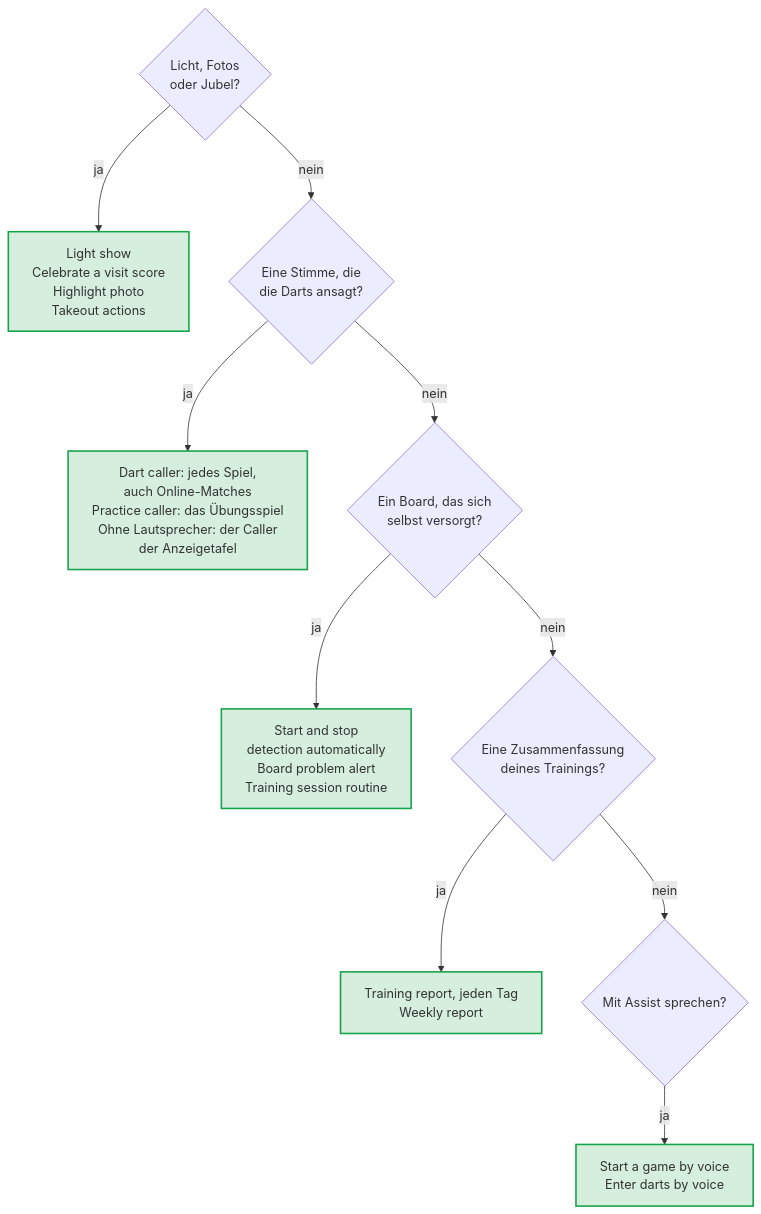
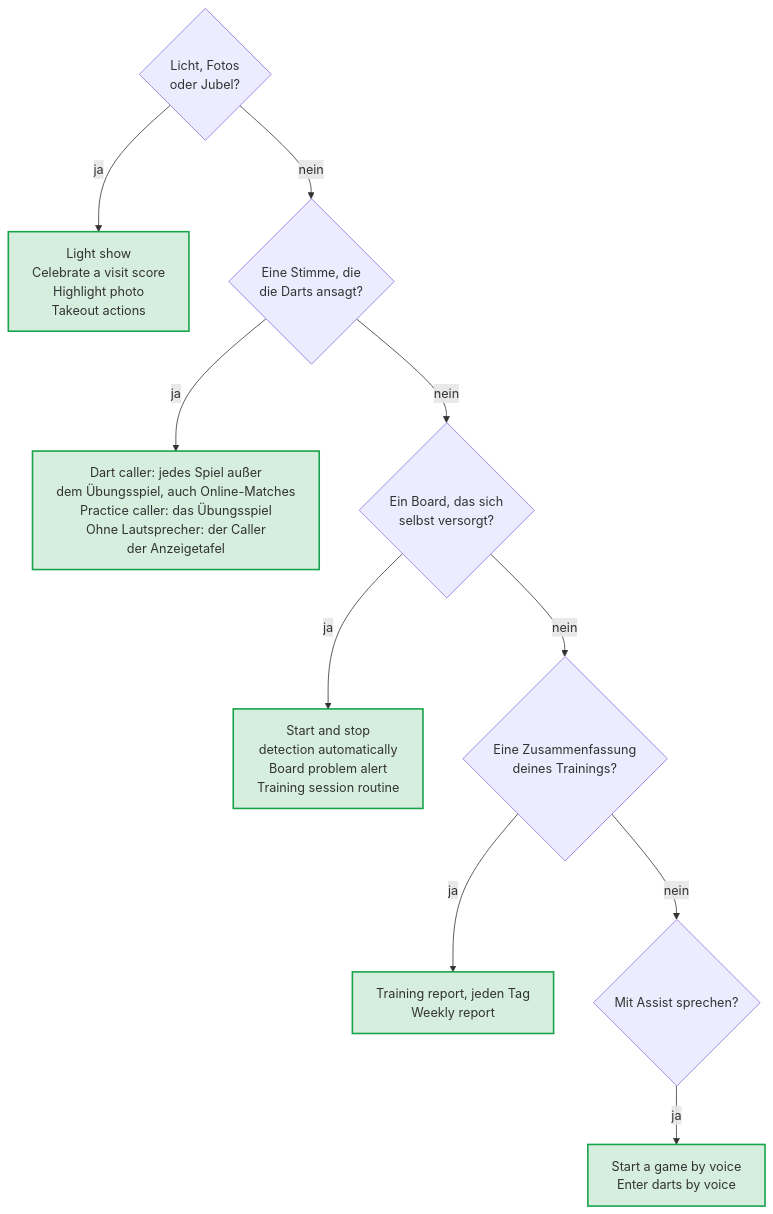
One commit to Dennis-Otto/ha-autodarts changed the diagram in docs/diagrams/choose-blueprint.de.mmd. Above: the diagram before and after it, drawn with Mermaid. The commit also changed 18 other files, not shown here.

First line of the commit message:
docs: correct the caller, connection and add-board diagrams

```diff
--- a/docs/diagrams/choose-blueprint.de.mmd
+++ b/docs/diagrams/choose-blueprint.de.mmd
@@ -1,19 +1,19 @@
 ---
 config:
   flowchart:
     wrappingWidth: 400
 ---
 flowchart TB
   accTitle: Welcher Blueprint passt
-  accDescr: Für Licht, Fotos und Jubel nimm die Blueprints Light show, Celebrate a visit score, Highlight photo oder Takeout actions. Zum Ansagen der Darts nimm den Dart caller für jedes Spiel am Board, auch Online-Matches, und den Practice caller für das Übungsspiel; der Caller der Anzeigetafel braucht keine Lautsprecher in Home Assistant. Für ein Board, das sich selbst versorgt, nimm Start and stop detection automatically, Board problem alert oder Training session routine. Für eine Zusammenfassung deines Trainings nimm den Training report jeden Tag oder den Weekly report. Um mit Assist zu sprechen, nimm Start a game by voice oder Enter darts by voice.
+  accDescr: Für Licht, Fotos und Jubel nimm die Blueprints Light show, Celebrate a visit score, Highlight photo oder Takeout actions. Zum Ansagen der Darts nimm den Dart caller für jedes Spiel außer dem Übungsspiel, auch Online-Matches, und den Practice caller für das Übungsspiel; der Caller der Anzeigetafel braucht keine Lautsprecher in Home Assistant. Für ein Board, das sich selbst versorgt, nimm Start and stop detection automatically, Board problem alert oder Training session routine. Für eine Zusammenfassung deines Trainings nimm den Training report jeden Tag oder den Weekly report. Um mit Assist zu sprechen, nimm Start a game by voice oder Enter darts by voice.
   MOOD{"Licht, Fotos<br/>oder Jubel?"} -- "ja" --> MOODS["Light show<br/>Celebrate a visit score<br/>Highlight photo<br/>Takeout actions"]
   MOOD -- "nein" --> CALL{"Eine Stimme, die<br/>die Darts ansagt?"}
-  CALL -- "ja" --> CALLS["Dart caller: jedes Spiel,<br/>auch Online-Matches<br/>Practice caller: das Übungsspiel<br/>Ohne Lautsprecher: der Caller<br/>der Anzeigetafel"]
+  CALL -- "ja" --> CALLS["Dart caller: jedes Spiel außer<br/>dem Übungsspiel, auch Online-Matches<br/>Practice caller: das Übungsspiel<br/>Ohne Lautsprecher: der Caller<br/>der Anzeigetafel"]
   CALL -- "nein" --> CARE{"Ein Board, das sich<br/>selbst versorgt?"}
   CARE -- "ja" --> CARES["Start and stop<br/>detection automatically<br/>Board problem alert<br/>Training session routine"]
   CARE -- "nein" --> REPORT{"Eine Zusammenfassung<br/>deines Trainings?"}
   REPORT -- "ja" --> REPORTS["Training report, jeden Tag<br/>Weekly report"]
   REPORT -- "nein" --> VOICE{"Mit Assist sprechen?"}
   VOICE -- "ja" --> VOICES["Start a game by voice<br/>Enter darts by voice"]
   classDef done fill:#16a34a2e,stroke:#16a34a,stroke-width:2px
   class MOODS,CALLS,CARES,REPORTS,VOICES done
```
